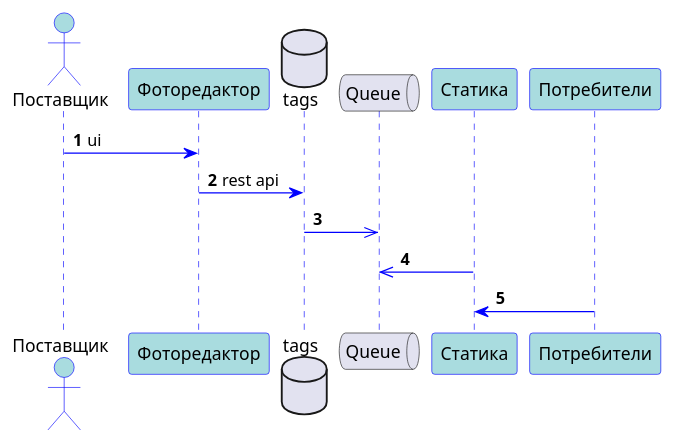
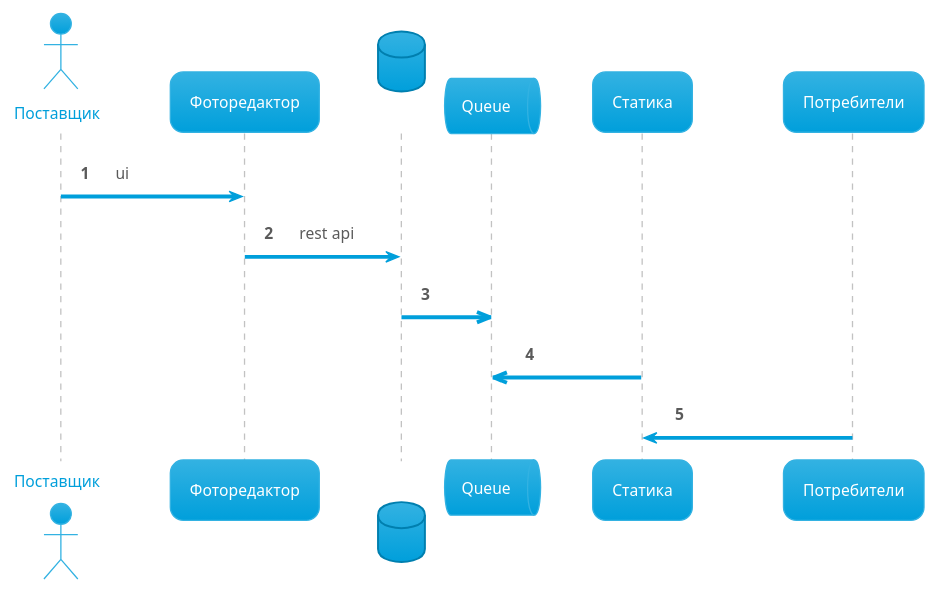
One commit to edfromomsk/tagsManagementAPI changed the diagram in sequence.puml. Above: the diagram before and after it, drawn with PlantUML.

Commit message:
тема

```diff
--- a/sequence.puml
+++ b/sequence.puml
@@ -1,32 +1,18 @@
 @startuml
-
+!theme bluegray
 autonumber
 
-skinparam sequence {
-    ArrowColor blue
-    
-    LifeLineBorderColor blue 
-    LifeLineBackgroundColor #A9DCDF
-
-    ParticipantBorderColor blue 
-    ParticipantBackgroundColor #A9DCDF 
-    ParticipantFontColor black
-
-    ActorBorderColor blue 
-    ActorBackgroundColor #A9DCDF
-}
 
 actor Поставщик as user
 participant Фоторедактор as editor
 database tags as db
 queue Queue as queue
 participant Статика as basket
 participant Потребители as consumers
 
 user -> editor: ui
 editor -> db: rest api
 db ->> queue
 basket ->> queue
 consumers -> basket
-
 @enduml
```
